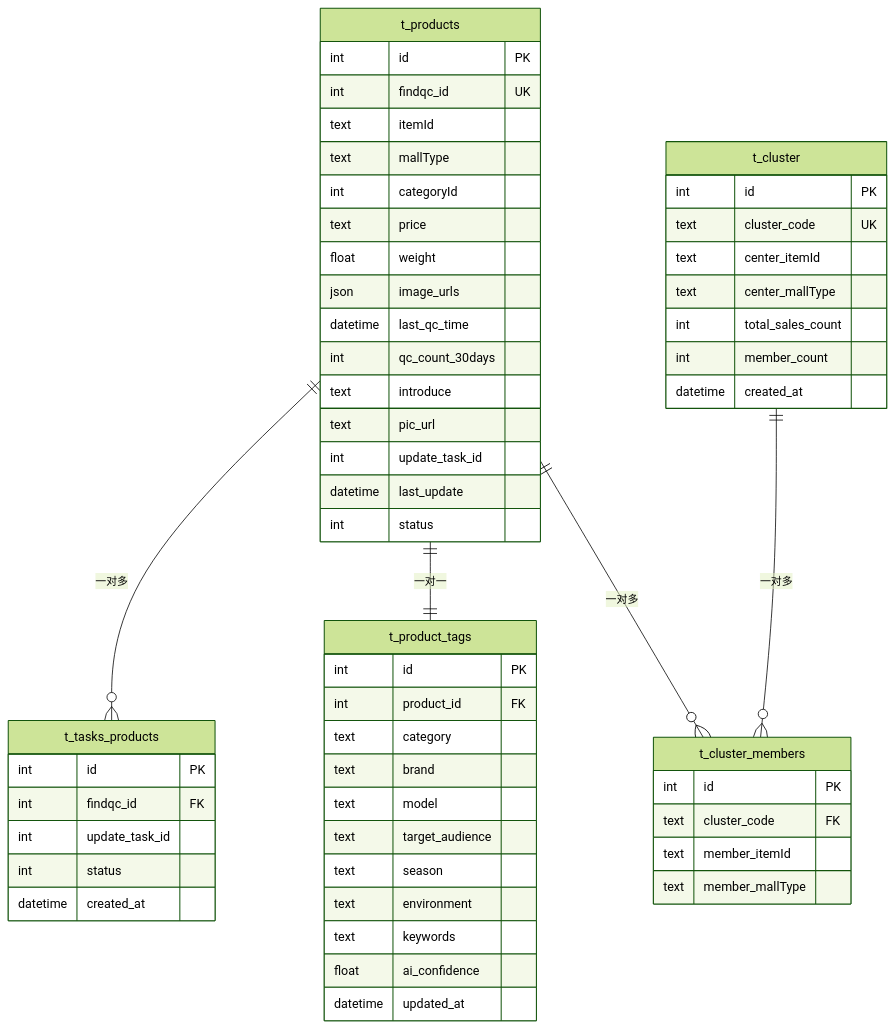
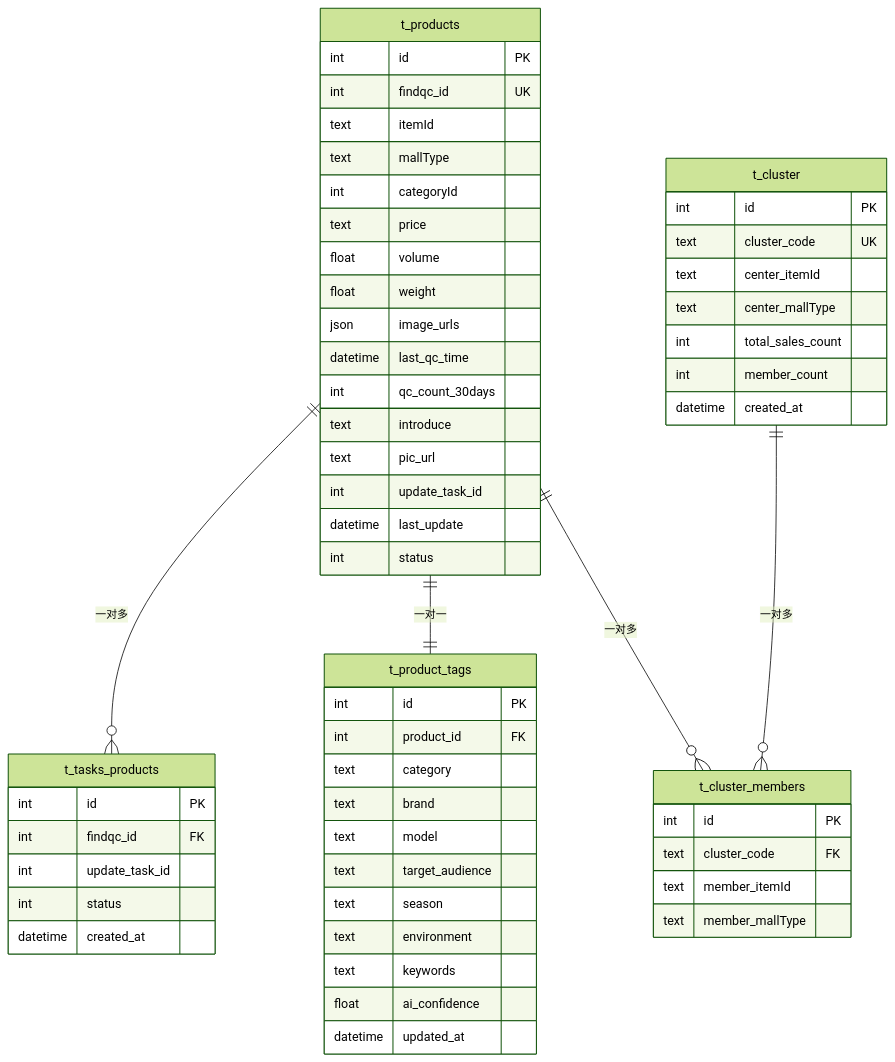
The fourth of 5 diagrams in docs/architecture.md (MadPrinter/FindQC_Refactor_v2), drawn with Mermaid (forest theme) before and after one commit. The commit also changed 3 other files, not shown here.

````diff
--- a/docs/architecture.md
+++ b/docs/architecture.md
@@ -156,64 +156,65 @@
 ```mermaid
 erDiagram
     t_products ||--o{ t_tasks_products : "一对多"
     t_products ||--|| t_product_tags : "一对一"
     t_products ||--o{ t_cluster_members : "一对多"
     t_cluster ||--o{ t_cluster_members : "一对多"
     
     t_products {
         int id PK
         int findqc_id UK
         text itemId
         text mallType
         int categoryId
         text price
+        float volume
         float weight
         json image_urls
         datetime last_qc_time
         int qc_count_30days
         text introduce
         text pic_url
         int update_task_id
         datetime last_update
         int status
     }
     
     t_tasks_products {
         int id PK
         int findqc_id FK
         int update_task_id
         int status
         datetime created_at
     }
     
     t_product_tags {
         int id PK
         int product_id FK
         text category
         text brand
         text model
         text target_audience
         text season
         text environment
         text keywords
         float ai_confidence
         datetime updated_at
     }
     
     t_cluster {
         int id PK
         text cluster_code UK
         text center_itemId
         text center_mallType
         int total_sales_count
         int member_count
         datetime created_at
     }
     
     t_cluster_members {
         int id PK
         text cluster_code FK
         text member_itemId
         text member_mallType
     }
 ```
````
